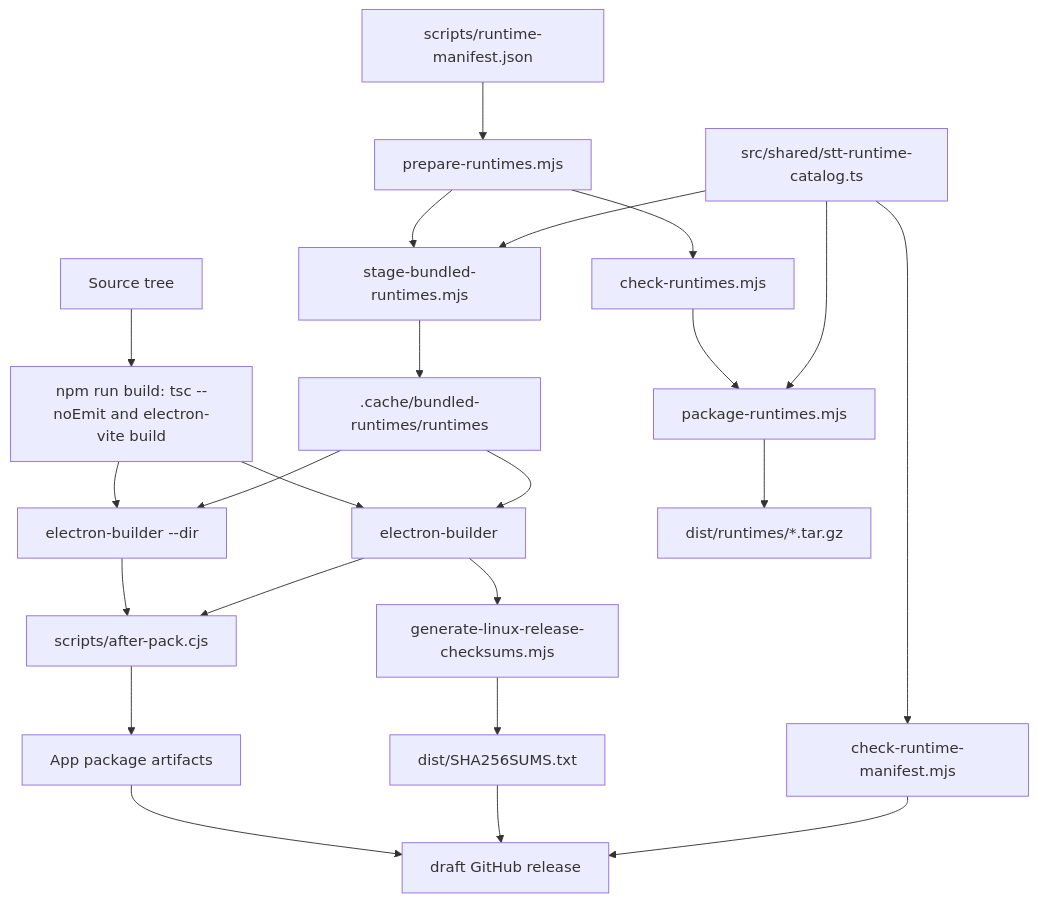
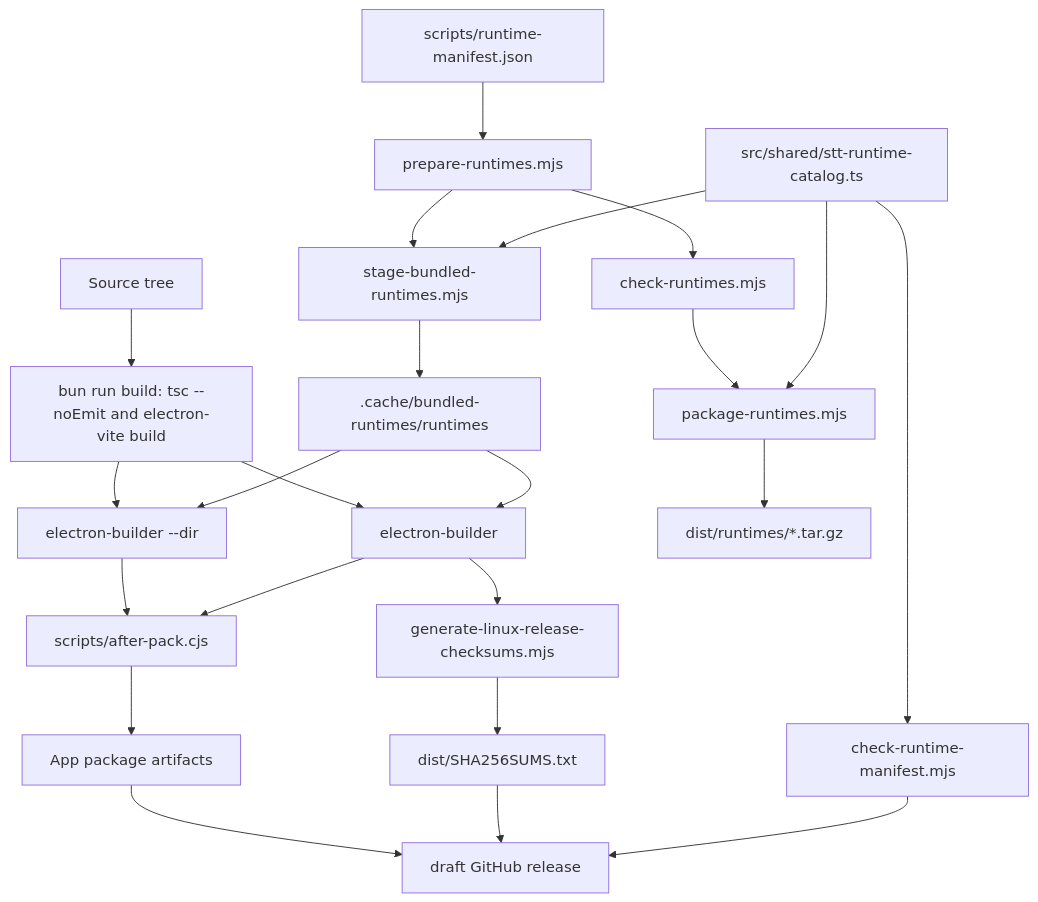
One commit to strxnd/murmur changed the diagram in docs/development/release-and-packaging.md. Above: the diagram before and after it, drawn with Mermaid. The commit also changed other lines of this file and 55 other files, not shown here.

````diff
--- a/docs/development/release-and-packaging.md
+++ b/docs/development/release-and-packaging.md
@@ -5,35 +5,35 @@
 ```mermaid
 flowchart TD
   Source["Source tree"]
-  Build["npm run build: tsc --noEmit and electron-vite build"]
+  Build["bun run build: tsc --noEmit and electron-vite build"]
   Pack["electron-builder --dir"]
   Dist["electron-builder"]
   AfterPack["scripts/after-pack.cjs"]
   AppArtifacts["App package artifacts"]
   Checksums["generate-linux-release-checksums.mjs"]
   Sha256Sums["dist/SHA256SUMS.txt"]
   DraftRelease["draft GitHub release"]
 
   RuntimeManifest["scripts/runtime-manifest.json"]
   Prepare["prepare-runtimes.mjs"]
   Stage["stage-bundled-runtimes.mjs"]
   Doctor["check-runtimes.mjs"]
   PackageRuntime["package-runtimes.mjs"]
   ManifestCheck["check-runtime-manifest.mjs"]
   RuntimeCatalog["src/shared/stt-runtime-catalog.ts"]
   RuntimeArchives["dist/runtimes/*.tar.gz"]
   BundledRuntimes[".cache/bundled-runtimes/runtimes"]
 
   Source --> Build --> Pack --> AfterPack --> AppArtifacts
   Build --> Dist --> AfterPack
   Dist --> Checksums --> Sha256Sums
   AppArtifacts --> DraftRelease
   Sha256Sums --> DraftRelease
   Prepare --> Stage --> BundledRuntimes --> Pack
   BundledRuntimes --> Dist
   RuntimeManifest --> Prepare --> Doctor --> PackageRuntime --> RuntimeArchives
   RuntimeCatalog --> PackageRuntime
   RuntimeCatalog --> ManifestCheck
   ManifestCheck --> DraftRelease
   RuntimeCatalog --> Stage
 ```
````
